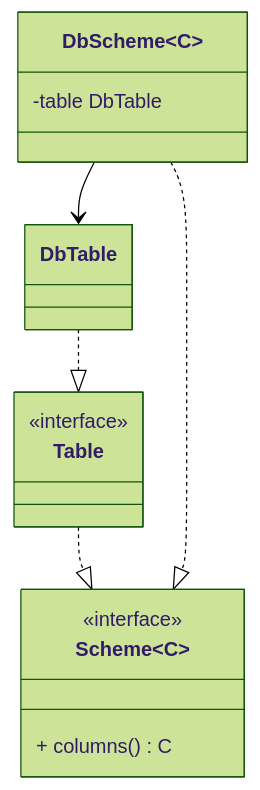
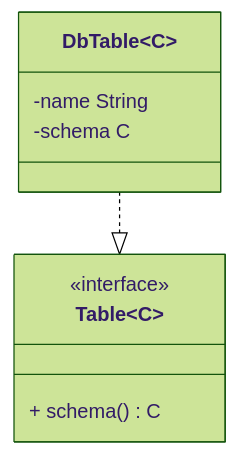
Before and after one commit to safarislava/QueryBricks: the first of 6 diagrams in docs/domain.md, drawn with Mermaid (forest theme). The commit also changed other lines of this file, not shown here.

Commit message:
docs: Define responsibilities of columns, table, schema

````diff
--- a/docs/domain.md
+++ b/docs/domain.md
@@ -1,22 +1,13 @@
 ```mermaid
 classDiagram
-    %% надо разобраться с Scheme и Table. Кто от кого зависит, и нужен ли вообще Scheme
-    class Scheme~C~ {
+    class Table~C~ {
         <<interface>>
-        + columns() C
+        + schema() C
     }
 
-    class Table {
-        <<interface>>
+    class DbTable~C~ {
+        -name String
+        -schema C
     }
-    Table ..|> Scheme
-
-    class DbTable
     DbTable ..|> Table
-
-    class DbScheme~C~ {
-        -table DbTable
-    }
-    DbScheme ..|> Scheme
-    DbScheme --> DbTable
 ```
````
